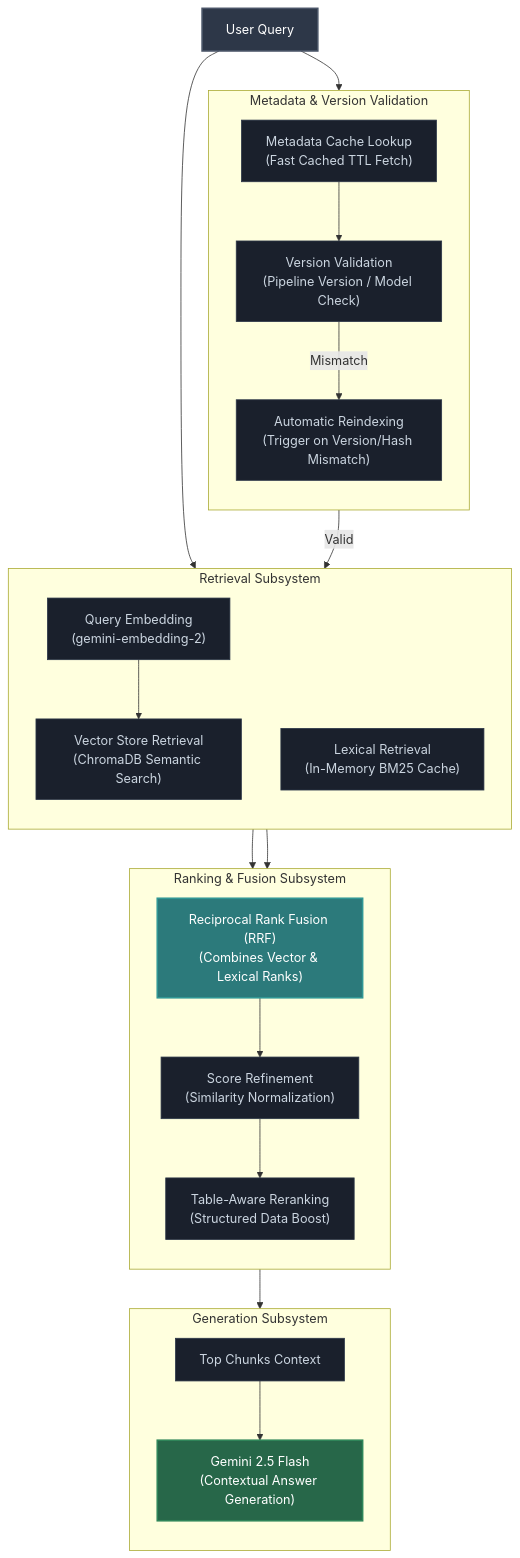
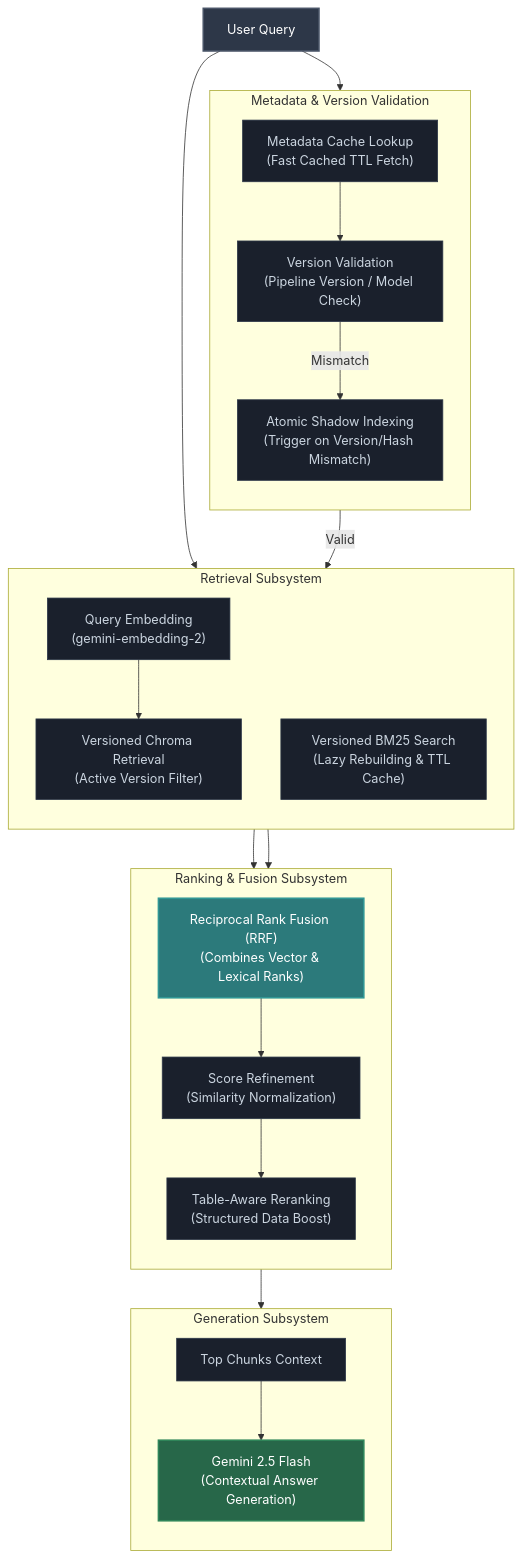
Before and after one commit to Dr-Venom29/SmartDocQ: the second of 2 diagrams in backend/README.md, drawn with Mermaid. The commit also changed other lines of this file and 29 other files, not shown here.

Commit message:
feat: add versioned shadow indexing

````diff
--- a/backend/README.md
+++ b/backend/README.md
@@ -101,53 +101,53 @@
 ```mermaid
 graph TD
     %% Styles
     classDef query fill:#2d3748,stroke:#4a5568,stroke-width:2px,color:#fff;
     classDef process fill:#1a202c,stroke:#2d3748,stroke-width:1px,color:#cbd5e0;
     classDef fusion fill:#2c7a7b,stroke:#319795,stroke-width:2px,color:#fff;
     classDef output fill:#276749,stroke:#2f855a,stroke-width:2px,color:#fff;
 
     Query["User Query"]:::query
 
     subgraph Validation_Subsystem ["Metadata & Version Validation"]
         direction TB
         MetaCheck["Metadata Cache Lookup<br/>(Fast Cached TTL Fetch)"]:::process
         VersionCheck["Version Validation<br/>(Pipeline Version / Model Check)"]:::process
-        Reindex["Automatic Reindexing<br/>(Trigger on Version/Hash Mismatch)"]:::process
+        Reindex["Atomic Shadow Indexing<br/>(Trigger on Version/Hash Mismatch)"]:::process
     end
 
     subgraph Retrieval_Subsystem ["Retrieval Subsystem"]
         direction TB
         Embed["Query Embedding<br/>(gemini-embedding-2)"]:::process
-        VectorSearch["Vector Store Retrieval<br/>(ChromaDB Semantic Search)"]:::process
-        BM25Search["Lexical Retrieval<br/>(In-Memory BM25 Cache)"]:::process
+        VectorSearch["Versioned Chroma Retrieval<br/>(Active Version Filter)"]:::process
+        BM25Search["Versioned BM25 Search<br/>(Lazy Rebuilding & TTL Cache)"]:::process
     end
 
     subgraph Ranking_Subsystem ["Ranking & Fusion Subsystem"]
         direction TB
         RRF["Reciprocal Rank Fusion (RRF)<br/>(Combines Vector & Lexical Ranks)"]:::fusion
         Refine["Score Refinement<br/>(Similarity Normalization)"]:::process
         TableBoost["Table-Aware Reranking<br/>(Structured Data Boost)"]:::process
     end
 
     subgraph Generation_Subsystem ["Generation Subsystem"]
         direction TB
         Context["Top Chunks Context"]:::process
         Gemini["Gemini 2.5 Flash<br/>(Contextual Answer Generation)"]:::output
     end
 
     %% Flow Connections
     Query --> MetaCheck
     MetaCheck --> VersionCheck
     VersionCheck -->|Mismatch| Reindex
     VersionCheck -->|Valid| Embed
     Query --> BM25Search
     
     Embed --> VectorSearch
     VectorSearch --> RRF
     BM25Search --> RRF
     
     RRF --> Refine
     Refine --> TableBoost
     TableBoost --> Context
     Context --> Gemini
 ```
````
